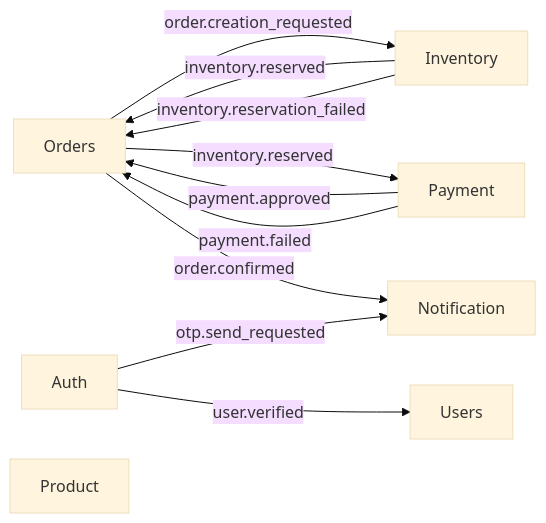
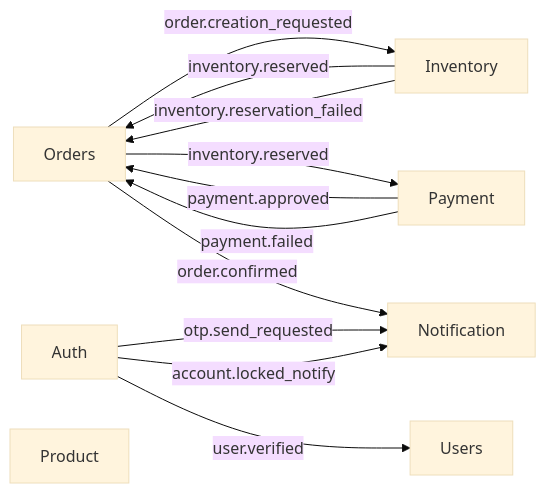
Before and after one commit to zYasuo/dl-orders: the diagram in README.md, drawn with Mermaid (base theme). The commit also changed other lines of this file and 1 other file, not shown here.

First line of the commit message:
feat: update README and auth service documentation to reflect account lockout feature

````diff
--- a/README.md
+++ b/README.md
@@ -30,13 +30,14 @@
 ```mermaid
 flowchart LR
     Orders -->|"order.creation_requested"| Inventory
     Inventory -->|"inventory.reserved"| Orders
     Inventory -->|"inventory.reservation_failed"| Orders
     Orders -->|"inventory.reserved"| Payment
     Payment -->|"payment.approved"| Orders
     Payment -->|"payment.failed"| Orders
     Orders -->|"order.confirmed"| Notification
     Auth -->|"otp.send_requested"| Notification
+    Auth -->|"account.locked_notify"| Notification
     Auth -->|"user.verified"| Users
     Product[Product]
 ```
````
